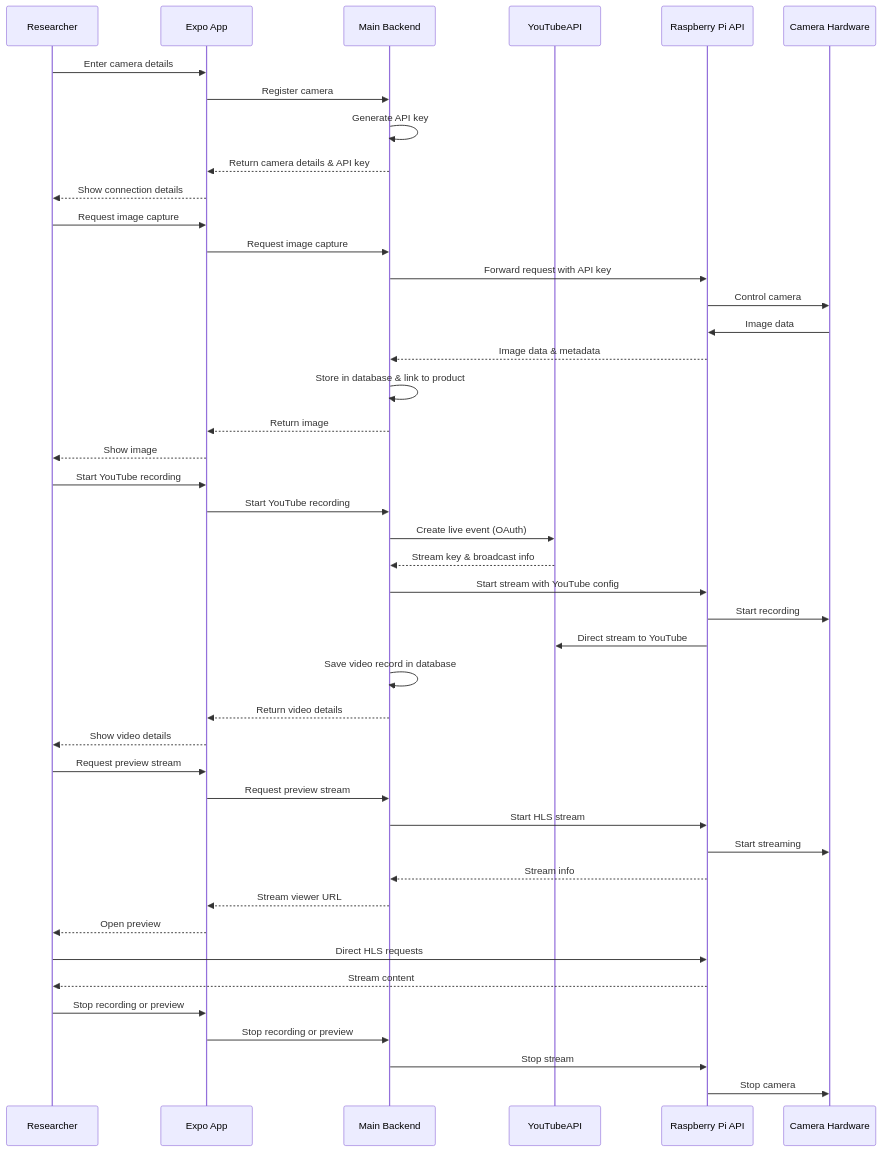
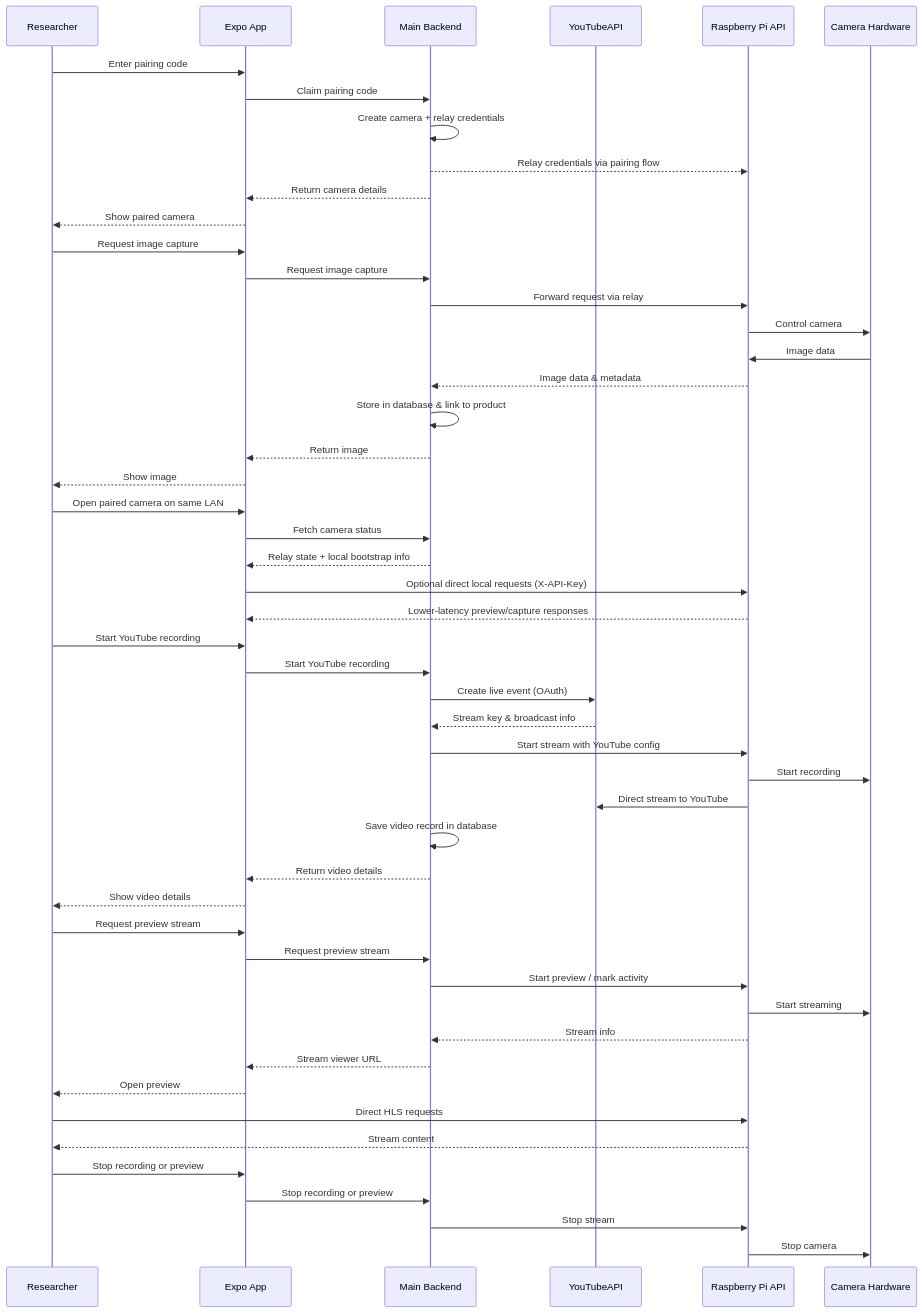
The second of 2 diagrams in docs/src/content/docs/architecture/rpi-cam.mdx (CMLPlatform/relab), drawn with Mermaid before and after one commit. The commit also changed other lines of this file and 19 other files, not shown here.

````diff
--- a/docs/src/content/docs/architecture/rpi-cam.mdx
+++ b/docs/src/content/docs/architecture/rpi-cam.mdx
@@ -92,56 +94,64 @@
 ```mermaid
 sequenceDiagram
     participant Researcher
     participant App as Expo App
     participant Backend as Main Backend
     participant YouTubeAPI
     participant RPiCamAPI as Raspberry Pi API
     participant Camera as Camera Hardware
 
     %% Camera Registration
-    Researcher->>App: Enter camera details
-    App->>Backend: Register camera
-    Backend->>Backend: Generate API key
-    Backend-->>App: Return camera details & API key
-    App-->>Researcher: Show connection details
+    Researcher->>App: Enter pairing code
+    App->>Backend: Claim pairing code
+    Backend->>Backend: Create camera + relay credentials
+    Backend-->>RPiCamAPI: Relay credentials via pairing flow
+    Backend-->>App: Return camera details
+    App-->>Researcher: Show paired camera
 
     %% Image Capture Flow
     Researcher->>App: Request image capture
     App->>Backend: Request image capture
-    Backend->>RPiCamAPI: Forward request with API key
+    Backend->>RPiCamAPI: Forward request via relay
     RPiCamAPI->>Camera: Control camera
     Camera->>RPiCamAPI: Image data
     RPiCamAPI-->>Backend: Image data & metadata
     Backend->>Backend: Store in database & link to product
     Backend-->>App: Return image
     App-->>Researcher: Show image
+
+    %% Optional Local Direct Mode
+    Researcher->>App: Open paired camera on same LAN
+    App->>Backend: Fetch camera status
+    Backend-->>App: Relay state + local bootstrap info
+    App->>RPiCamAPI: Optional direct local requests (X-API-Key)
+    RPiCamAPI-->>App: Lower-latency preview/capture responses
 
     %% YouTube Streaming Flow
     Researcher->>App: Start YouTube recording
     App->>Backend: Start YouTube recording
     Backend->>YouTubeAPI: Create live event (OAuth)
     YouTubeAPI-->>Backend: Stream key & broadcast info
     Backend->>RPiCamAPI: Start stream with YouTube config
     RPiCamAPI->>Camera: Start recording
     RPiCamAPI->>YouTubeAPI: Direct stream to YouTube
     Backend->>Backend: Save video record in database
     Backend-->>App: Return video details
     App-->>Researcher: Show video details
 
     %% Local Preview Stream
     Researcher->>App: Request preview stream
     App->>Backend: Request preview stream
-    Backend->>RPiCamAPI: Start HLS stream
+    Backend->>RPiCamAPI: Start preview / mark activity
     RPiCamAPI->>Camera: Start streaming
     RPiCamAPI-->>Backend: Stream info
     Backend-->>App: Stream viewer URL
     App-->>Researcher: Open preview
     Researcher->>RPiCamAPI: Direct HLS requests
     RPiCamAPI-->>Researcher: Stream content
 
     %% Stop Streaming
     Researcher->>App: Stop recording or preview
     App->>Backend: Stop recording or preview
     Backend->>RPiCamAPI: Stop stream
     RPiCamAPI->>Camera: Stop camera
 ```
````
